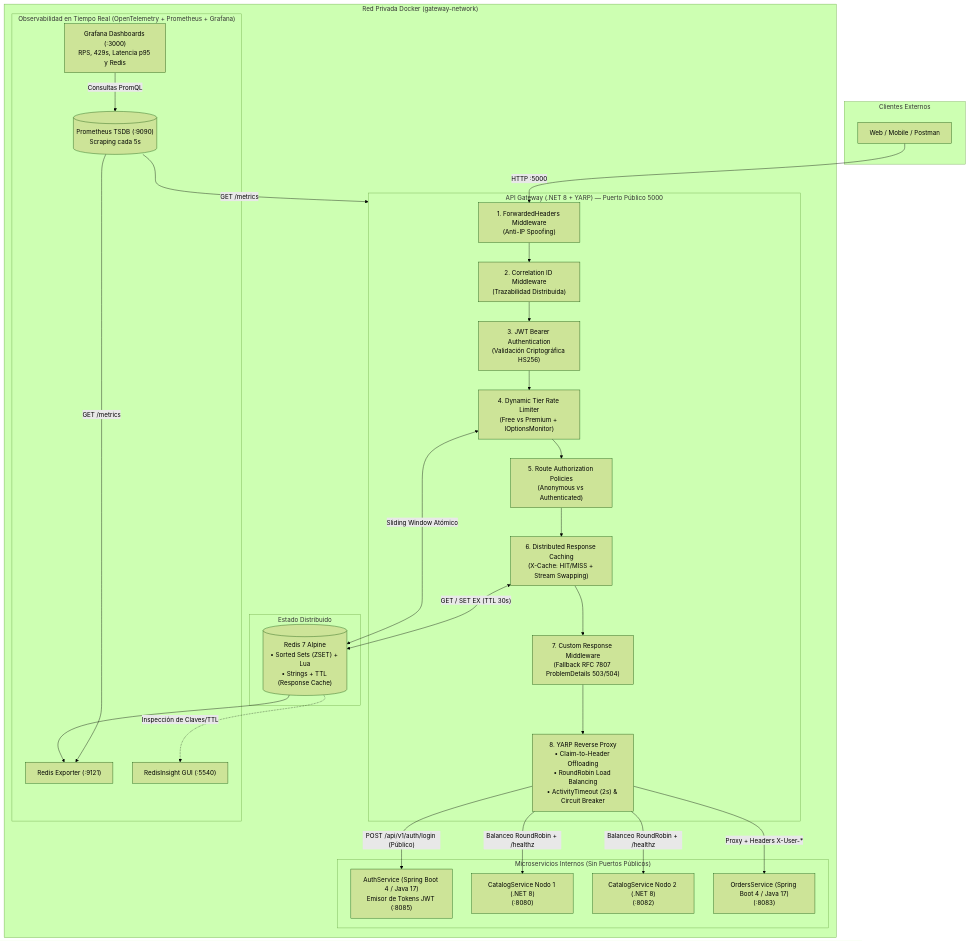
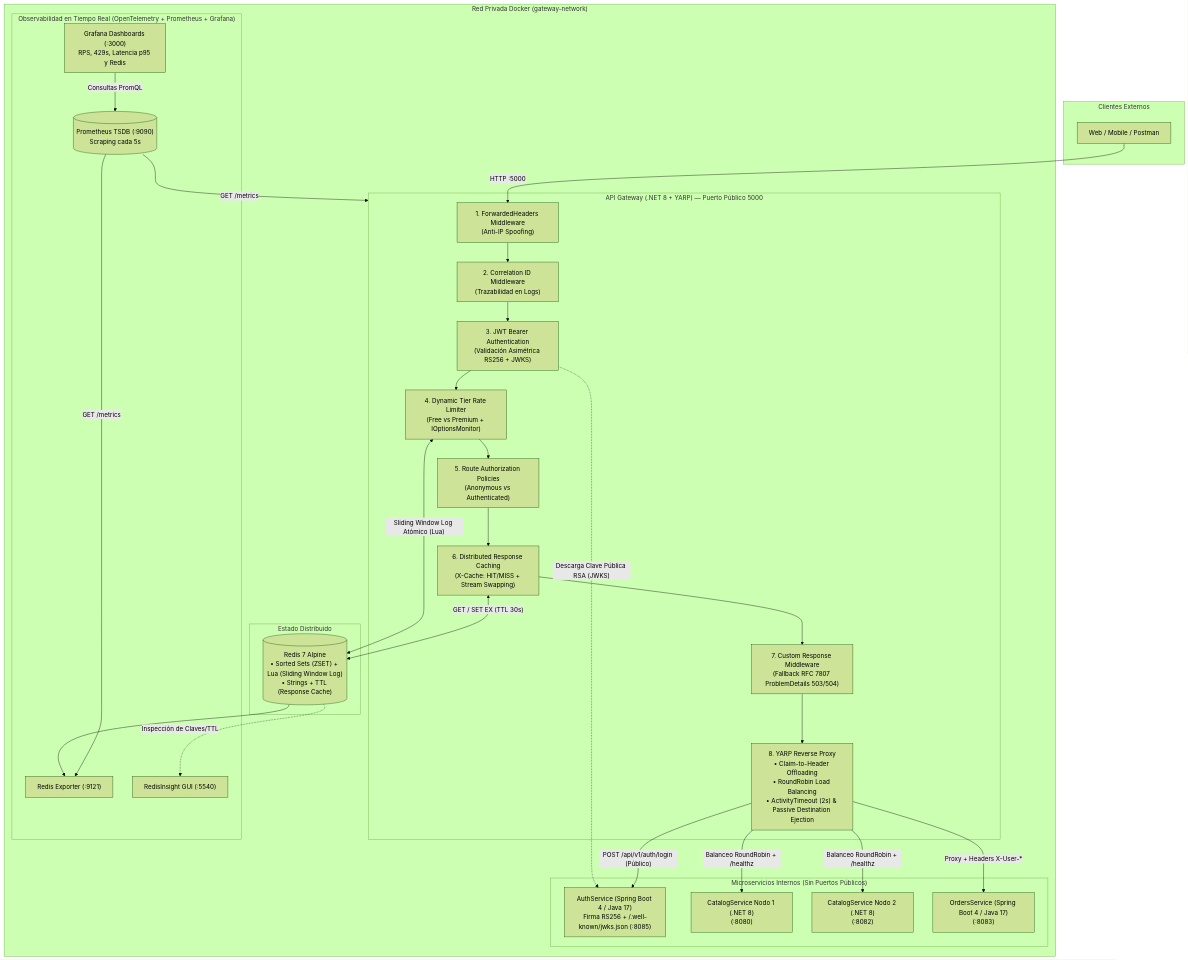
One commit to Ariel-Marcelo/cloud-native-api-gateway changed the diagram in README.md. Above: the diagram before and after it, drawn with Mermaid (forest theme). The commit also changed other lines of this file and 9 other files, not shown here.

````diff
--- a/README.md
+++ b/README.md
@@ -9,52 +9,53 @@
 ```mermaid
 flowchart TD
     subgraph Clientes["Clientes Externos"]
         Client["Web / Mobile / Postman"]
     end
 
     subgraph DockerNet["Red Privada Docker (gateway-network)"]
         subgraph Edge["API Gateway (.NET 8 + YARP) — Puerto Público 5000"]
             FH["1. ForwardedHeaders Middleware<br/>(Anti-IP Spoofing)"]
-            CID["2. Correlation ID Middleware<br/>(Trazabilidad Distribuida)"]
-            JWT["3. JWT Bearer Authentication<br/>(Validación Criptográfica HS256)"]
+            CID["2. Correlation ID Middleware<br/>(Trazabilidad en Logs)"]
+            JWT["3. JWT Bearer Authentication<br/>(Validación Asimétrica RS256 + JWKS)"]
             RL["4. Dynamic Tier Rate Limiter<br/>(Free vs Premium + IOptionsMonitor)"]
             AUTHZ["5. Route Authorization Policies<br/>(Anonymous vs Authenticated)"]
             CACHE["6. Distributed Response Caching<br/>(X-Cache: HIT/MISS + Stream Swapping)"]
             FALLBACK["7. Custom Response Middleware<br/>(Fallback RFC 7807 ProblemDetails 503/504)"]
-            YARP["8. YARP Reverse Proxy<br/>• Claim-to-Header Offloading<br/>• RoundRobin Load Balancing<br/>• ActivityTimeout (2s) & Circuit Breaker"]
+            YARP["8. YARP Reverse Proxy<br/>• Claim-to-Header Offloading<br/>• RoundRobin Load Balancing<br/>• ActivityTimeout (2s) & Passive Destination Ejection"]
             
             FH --> CID --> JWT --> RL --> AUTHZ --> CACHE --> FALLBACK --> YARP
         end
 
         subgraph State["Estado Distribuido"]
-            REDIS[("Redis 7 Alpine<br/>• Sorted Sets (ZSET) + Lua<br/>• Strings + TTL (Response Cache)")]
+            REDIS[("Redis 7 Alpine<br/>• Sorted Sets (ZSET) + Lua (Sliding Window Log)<br/>• Strings + TTL (Response Cache)")]
         end
 
         subgraph Downstream["Microservicios Internos (Sin Puertos Públicos)"]
-            AUTH["AuthService (Spring Boot 4 / Java 17)<br/>Emisor de Tokens JWT (:8085)"]
+            AUTH["AuthService (Spring Boot 4 / Java 17)<br/>Firma RS256 + /.well-known/jwks.json (:8085)"]
             CAT1["CatalogService Nodo 1 (.NET 8)<br/>(:8080)"]
             CAT2["CatalogService Nodo 2 (.NET 8)<br/>(:8082)"]
             ORD["OrdersService (Spring Boot 4 / Java 17)<br/>(:8083)"]
         end
 
         subgraph Obs["Observabilidad en Tiempo Real (OpenTelemetry + Prometheus + Grafana)"]
             REX["Redis Exporter (:9121)"]
             RINS["RedisInsight GUI (:5540)"]
             PROM[("Prometheus TSDB (:9090)<br/>Scraping cada 5s")]
             GRAF["Grafana Dashboards (:3000)<br/>RPS, 429s, Latencia p95 y Redis"]
         end
     end
 
     Client -->|"HTTP :5000"| FH
-    RL <-->|"Sliding Window Atómico"| REDIS
+    JWT -.->|"Descarga Clave Pública RSA (JWKS)"| AUTH
+    RL <-->|"Sliding Window Log Atómico (Lua)"| REDIS
     CACHE <-->|"GET / SET EX (TTL 30s)"| REDIS
     YARP -->|"POST /api/v1/auth/login (Público)"| AUTH
     YARP -->|"Balanceo RoundRobin + /healthz"| CAT1
     YARP -->|"Balanceo RoundRobin + /healthz"| CAT2
     YARP -->|"Proxy + Headers X-User-*"| ORD
     REDIS --> REX
     REDIS -.->|"Inspección de Claves/TTL"| RINS
     PROM -->|"GET /metrics"| Edge
     PROM -->|"GET /metrics"| REX
     GRAF -->|"Consultas PromQL"| PROM
 ```
````
